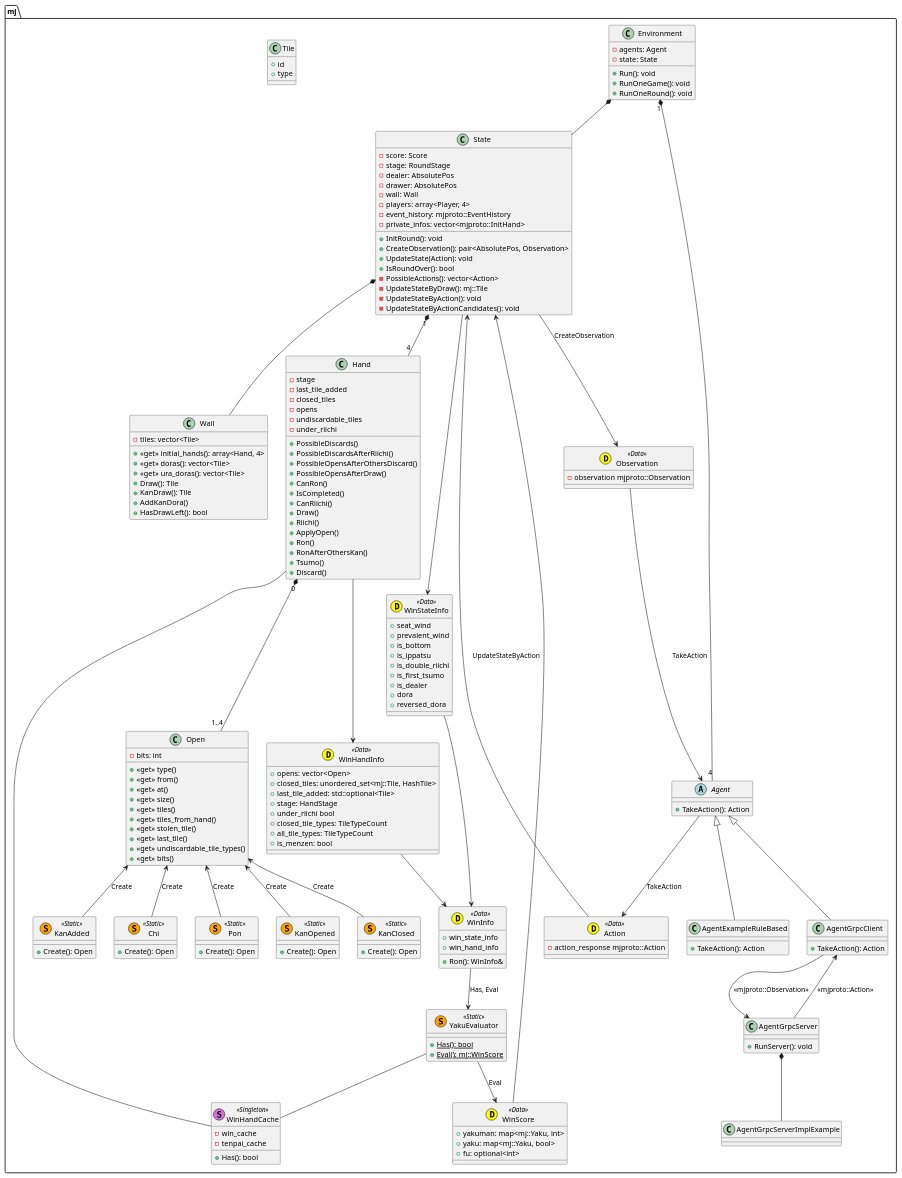
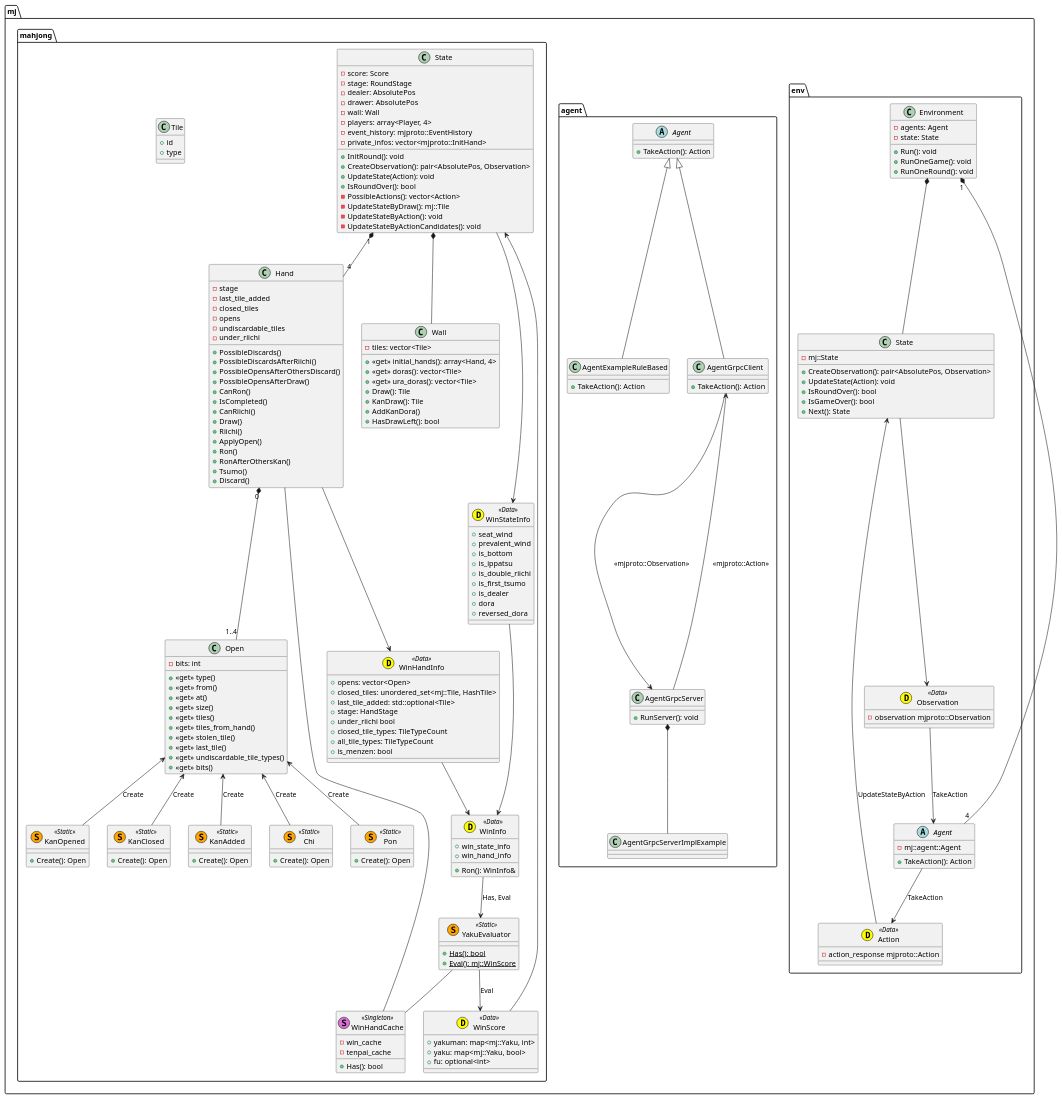
The diagram in plantuml/diagram.pu (mjx-project/mjx), drawn with PlantUML before and after one commit.

Commit message:
split diagrams

```diff
--- a/plantuml/diagram.pu
+++ b/plantuml/diagram.pu
@@ -4,7 +4,7 @@
 
 set namespaceSeparator ::
 
-class mj::Environment {
+class mj::env::Environment {
     - agents: Agent
     - state: State
     + Run(): void
@@ -12,53 +12,49 @@
     + RunOneRound(): void
 }
 
-class mj::YakuEvaluator <<(S,orange) Static>> {
-    + {static} Has(): bool
-    + {static} Eval(): mj::WinScore
+class mj::env::State {
+    - mj::State
+    + CreateObservation(): pair<AbsolutePos, Observation>
+    + UpdateState(Action): void
+    + IsRoundOver(): bool
+    + IsGameOver(): bool
+    + Next(): State
 }
 
-class mj::WinHandCache <<(S,orchid) Singleton>> {
-    - win_cache
-    - tenpai_cache
-    + Has(): bool
+class mj::env::Observation <<(D,yellow) Data>> {
+    - observation mjproto::Observation
 }
 
-class mj::WinStateInfo <<(D,yellow) Data>> {
-    + seat_wind
-    + prevalent_wind
-    + is_bottom
-    + is_ippatsu
-    + is_double_riichi
-    + is_first_tsumo
-    + is_dealer
-    + dora
-    + reversed_dora
+class mj::env::Action <<(D,yellow) Data>> {
+    - action_response mjproto::Action
 }
 
-class mj::WinInfo <<(D,yellow) Data>> {
-    + win_state_info
-    + win_hand_info
-    + Ron(): WinInfo&
+abstract class mj::env::Agent {
+    - mj::agent::Agent
+    + TakeAction(): Action
 }
 
-class mj::WinScore <<(D,yellow) Data>> {
-    + yakuman: map<mj::Yaku, int>
-    + yaku: map<mj::Yaku, bool>
-    + fu: optional<int>
+abstract class mj::agent::Agent {
+    + TakeAction(): Action
 }
 
-class mj::WinHandInfo <<(D,yellow) Data>> {
-    + opens: vector<Open>
-    + closed_tiles: unordered_set<mj::Tile, HashTile> 
-    + last_tile_added: std::optional<Tile> 
-    + stage: HandStage 
-    + under_riichi bool 
-    + closed_tile_types: TileTypeCount 
-    + all_tile_types: TileTypeCount 
-    + is_menzen: bool
+class mj::agent::AgentExampleRuleBased {
+    + TakeAction(): Action
 }
 
-class mj::State {
+class mj::agent::AgentGrpcClient {
+    + TakeAction(): Action
+}
+
+class mj::agent::AgentGrpcServer {
+    + RunServer(): void
+}
+
+class mj::agent::AgentGrpcServerImplExample{
+
+}
+
+class mj::mahjong::State {
     - score: Score
     - stage: RoundStage
     - dealer: AbsolutePos
@@ -77,31 +73,53 @@
     - UpdateStateByActionCandidates(): void
 }
 
-class mj::Observation <<(D,yellow) Data>> {
-    - observation mjproto::Observation
+class mj::mahjong::YakuEvaluator <<(S,orange) Static>> {
+    + {static} Has(): bool
+    + {static} Eval(): mj::WinScore
 }
 
-abstract class mj::Agent {
-    + TakeAction(): Action
+class mj::mahjong::WinHandCache <<(S,orchid) Singleton>> {
+    - win_cache
+    - tenpai_cache
+    + Has(): bool
 }
 
-class mj::AgentExampleRuleBased {
-    + TakeAction(): Action
+class mj::mahjong::WinStateInfo <<(D,yellow) Data>> {
+    + seat_wind
+    + prevalent_wind
+    + is_bottom
+    + is_ippatsu
+    + is_double_riichi
+    + is_first_tsumo
+    + is_dealer
+    + dora
+    + reversed_dora
 }
 
-class mj::AgentGrpcClient {
-    + TakeAction(): Action
+class mj::mahjong::WinInfo <<(D,yellow) Data>> {
+    + win_state_info
+    + win_hand_info
+    + Ron(): WinInfo&
 }
 
-class mj::AgentGrpcServer {
-    + RunServer(): void
+class mj::mahjong::WinScore <<(D,yellow) Data>> {
+    + yakuman: map<mj::Yaku, int>
+    + yaku: map<mj::Yaku, bool>
+    + fu: optional<int>
 }
 
-class mj::AgentGrpcServerImplExample{
-
+class mj::mahjong::WinHandInfo <<(D,yellow) Data>> {
+    + opens: vector<Open>
+    + closed_tiles: unordered_set<mj::Tile, HashTile> 
+    + last_tile_added: std::optional<Tile> 
+    + stage: HandStage 
+    + under_riichi bool 
+    + closed_tile_types: TileTypeCount 
+    + all_tile_types: TileTypeCount 
+    + is_menzen: bool
 }
 
-class mj::Wall {
+class mj::mahjong::Wall {
     - tiles: vector<Tile>
     + <<get>> initial_hands(): array<Hand, 4>
     + <<get>> doras(): vector<Tile>
@@ -112,11 +130,7 @@
     + HasDrawLeft(): bool
 }
 
-class mj::Action <<(D,yellow) Data>> {
-    - action_response mjproto::Action
-}
-
-class mj::Hand {
+class mj::mahjong::Hand {
     - stage
     - last_tile_added
     - closed_tiles
@@ -140,7 +154,7 @@
 
 }
 
-class mj::Open {
+class mj::mahjong::Open {
     - bits: int
     + <<get>> type()
     + <<get>> from()
@@ -154,68 +168,66 @@
     + <<get>> bits()
 }
 
-class mj::Chi <<(S,orange) Static>> {
+class mj::mahjong::Chi <<(S,orange) Static>> {
     + Create(): Open
 }
 
-class mj::Pon <<(S,orange) Static>> {
+class mj::mahjong::Pon <<(S,orange) Static>> {
     + Create(): Open
 }
 
-class mj::KanOpened <<(S,orange) Static>> {
+class mj::mahjong::KanOpened <<(S,orange) Static>> {
     + Create(): Open
 }
 
-class mj::KanClosed <<(S,orange) Static>> {
+class mj::mahjong::KanClosed <<(S,orange) Static>> {
     + Create(): Open
 }
 
-class mj::KanAdded <<(S,orange) Static>> {
+class mj::mahjong::KanAdded <<(S,orange) Static>> {
     + Create(): Open
 }
 
-class mj::Tile {
+class mj::mahjong::Tile {
     + id
     + type
 }
 
+mj::env::Environment "1" *-- "4" mj::env::Agent
+mj::env::Environment *-- mj::env::State 
+mj::env::State <-- mj::env::Action : UpdateStateByAction
+mj::env::State --> mj::env::Observation
+mj::env::Observation --> mj::env::Agent : TakeAction
+mj::env::Agent --> mj::env::Action : TakeAction
 
-mj::Environment "1" *-- "4" mj::Agent
-mj::Environment *-- mj::State 
+mj::agent::Agent <|-- mj::agent::AgentExampleRuleBased
+mj::agent::Agent <|-- mj::agent::AgentGrpcClient
+mj::agent::AgentGrpcClient --> mj::agent::AgentGrpcServer : <<mjproto::Observation>>
+mj::agent::AgentGrpcServer --> mj::agent::AgentGrpcClient : <<mjproto::Action>>
+mj::agent::AgentGrpcServer *-- mj::agent::AgentGrpcServerImplExample
 
-mj::State <-- mj::Action : UpdateStateByAction
-mj::State *-- mj::Wall
-mj::State "1" *-- "4" mj::Hand
-mj::State --> mj::Observation : CreateObservation
-mj::State --> mj::WinStateInfo
+mj::mahjong::State *-- mj::mahjong::Wall
+mj::mahjong::State "1" *-- "4" mj::mahjong::Hand
+mj::mahjong::State --> mj::mahjong::WinStateInfo
 
-mj::Observation --> mj::Agent : TakeAction
 
-mj::Hand "0" *-- "1..4" mj::Open
-mj::Hand -- mj::WinHandCache 
-mj::Hand --> mj::WinHandInfo
+mj::mahjong::Hand "0" *-- "1..4" mj::mahjong::Open
+mj::mahjong::Hand -- mj::mahjong::WinHandCache 
+mj::mahjong::Hand --> mj::mahjong::WinHandInfo
 
-mj::Open <-- mj::Chi : Create
-mj::Open <-- mj::Pon : Create
-mj::Open <-- mj::KanClosed : Create
-mj::Open <-- mj::KanOpened : Create
-mj::Open <-- mj::KanAdded : Create
+mj::mahjong::Open <-- mj::mahjong::Chi : Create
+mj::mahjong::Open <-- mj::mahjong::Pon : Create
+mj::mahjong::Open <-- mj::mahjong::KanClosed : Create
+mj::mahjong::Open <-- mj::mahjong::KanOpened : Create
+mj::mahjong::Open <-- mj::mahjong::KanAdded : Create
 
-mj::WinHandInfo --> mj::WinInfo
-mj::WinStateInfo --> mj::WinInfo
-mj::WinInfo --> mj::YakuEvaluator : Has, Eval
-mj::WinScore --> mj::State
+mj::mahjong::WinHandInfo --> mj::mahjong::WinInfo
+mj::mahjong::WinStateInfo --> mj::mahjong::WinInfo
+mj::mahjong::WinInfo --> mj::mahjong::YakuEvaluator : Has, Eval
+mj::mahjong::WinScore --> mj::mahjong::State
 
-mj::YakuEvaluator -- mj::WinHandCache
-mj::YakuEvaluator --> mj::WinScore : Eval
-
-mj::Agent --> mj::Action : TakeAction
-mj::Agent <|-- mj::AgentExampleRuleBased
-mj::Agent <|-- mj::AgentGrpcClient
-mj::AgentGrpcClient --> mj::AgentGrpcServer : <<mjproto::Observation>>
-
-mj::AgentGrpcServer --> mj::AgentGrpcClient : <<mjproto::Action>>
-mj::AgentGrpcServer *-- mj::AgentGrpcServerImplExample
+mj::mahjong::YakuEvaluator -- mj::mahjong::WinHandCache
+mj::mahjong::YakuEvaluator --> mj::mahjong::WinScore : Eval
 
 
 @enduml
```
